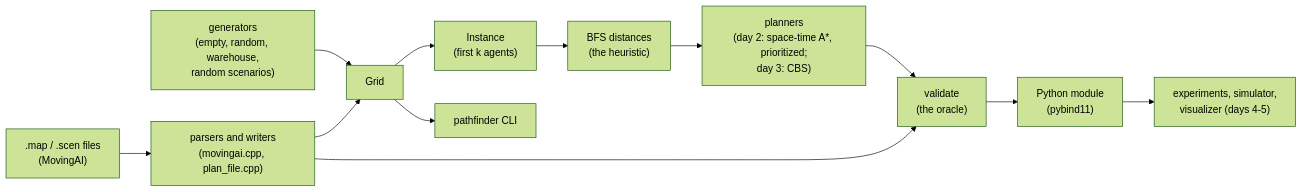
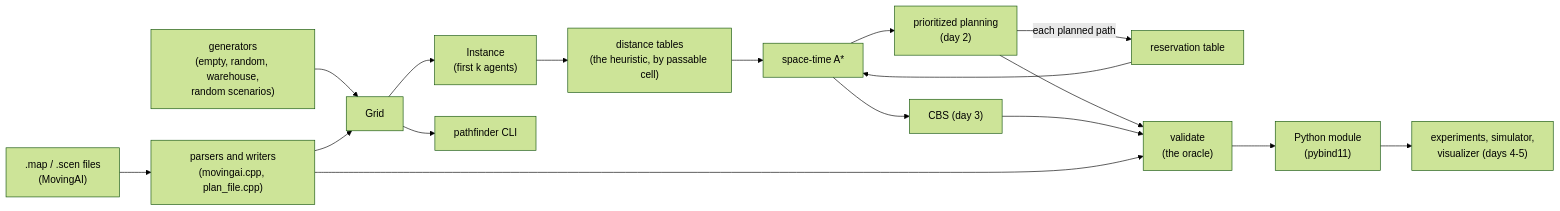
Before and after one commit to vivekdavara/pathfinder: the diagram in README.md, drawn with Mermaid (forest theme). The commit also changed other lines of this file and 2 other files, not shown here.

First line of the commit message:
Docs: day 2's design decisions, results so far, walkthrough

````diff
--- a/README.md
+++ b/README.md
@@ -35,13 +37,18 @@
 ```mermaid
 flowchart LR
   MAP[".map / .scen files<br/>(MovingAI)"] --> FMT["parsers and writers<br/>(movingai.cpp, plan_file.cpp)"]
   GEN["generators<br/>(empty, random, warehouse,<br/>random scenarios)"] --> GRID
   FMT --> GRID["Grid"] --> INST["Instance<br/>(first k agents)"]
-  INST --> DIST["BFS distances<br/>(the heuristic)"]
-  DIST --> PLAN["planners<br/>(day 2: space-time A*, prioritized;<br/>day 3: CBS)"]
-  PLAN --> VAL["validate<br/>(the oracle)"]
+  INST --> DIST["distance tables<br/>(the heuristic, by passable cell)"]
+  DIST --> STA["space-time A*"]
+  RES["reservation table"] --> STA
+  STA --> PP["prioritized planning<br/>(day 2)"]
+  STA --> CBS["CBS (day 3)"]
+  PP -- "each planned path" --> RES
+  PP --> VAL["validate<br/>(the oracle)"]
+  CBS --> VAL
   FMT --> VAL
   GRID --> CLI["pathfinder CLI"]
   VAL --> PY["Python module<br/>(pybind11)"]
   PY --> EXP["experiments, simulator,<br/>visualizer (days 4-5)"]
 ```
````
